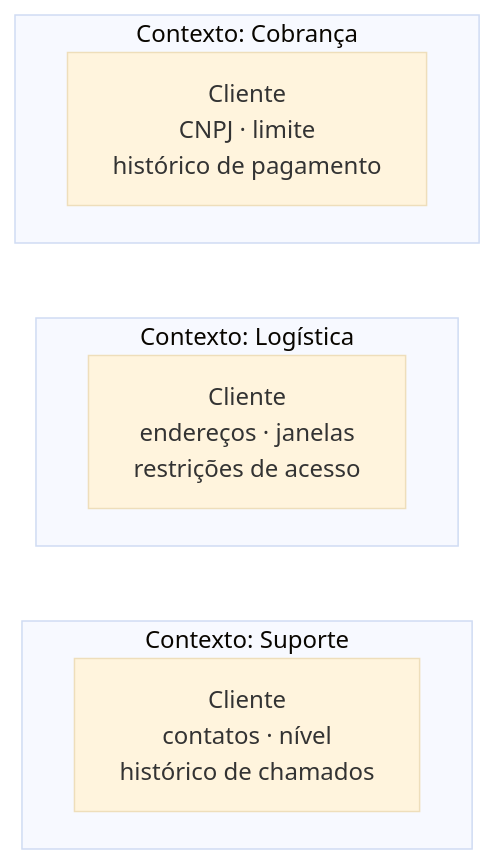
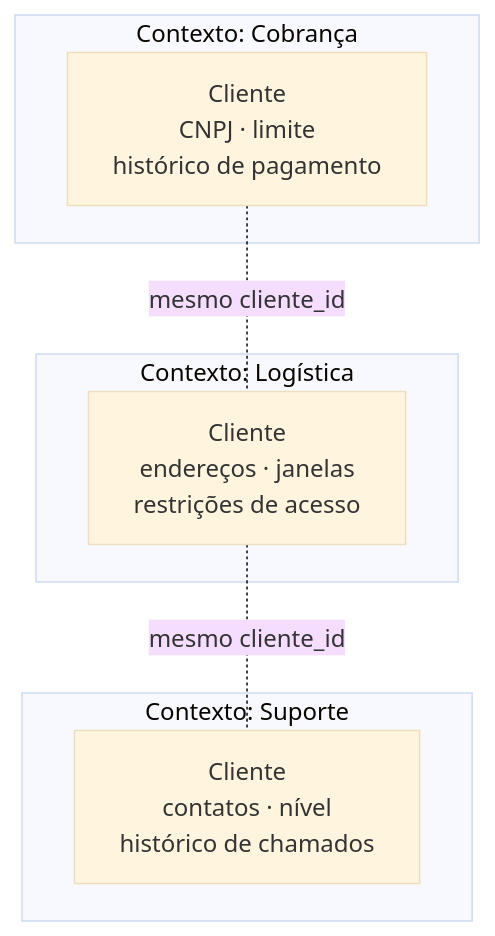
Before and after one commit to oadcavalcante/software-architecture-mastery: the diagram in docs/04-domain-driven-design/bounded-context.md, drawn with Mermaid (base theme). The commit also changed other lines of this file and 21 other files, not shown here.

````diff
--- a/docs/04-domain-driven-design/bounded-context.md
+++ b/docs/04-domain-driven-design/bounded-context.md
@@ -61,13 +61,14 @@
 ```mermaid
 graph TB
   subgraph Cobranca[Contexto: Cobrança]
     C1[Cliente<br/>CNPJ · limite<br/>histórico de pagamento]
   end
   subgraph Logistica[Contexto: Logística]
     C2[Cliente<br/>endereços · janelas<br/>restrições de acesso]
   end
   subgraph Suporte[Contexto: Suporte]
     C3[Cliente<br/>contatos · nível<br/>histórico de chamados]
   end
-  C1 ~~~ C2 ~~~ C3
+  C1 -.-|mesmo cliente_id| C2
+  C2 -.-|mesmo cliente_id| C3
 ```
````
